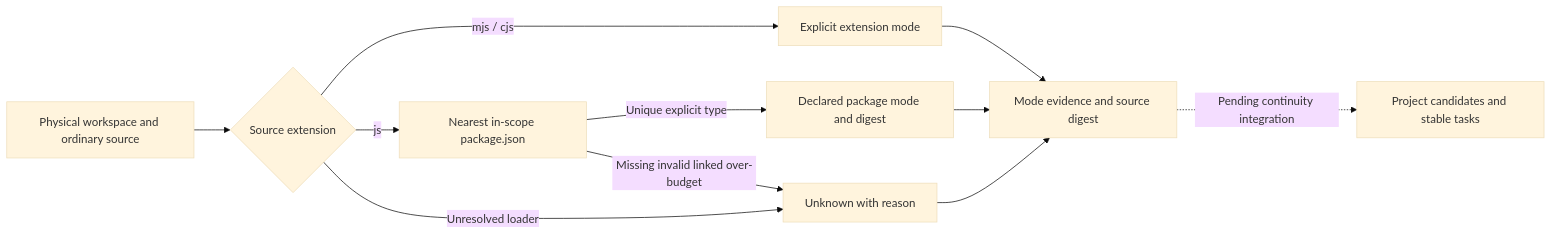
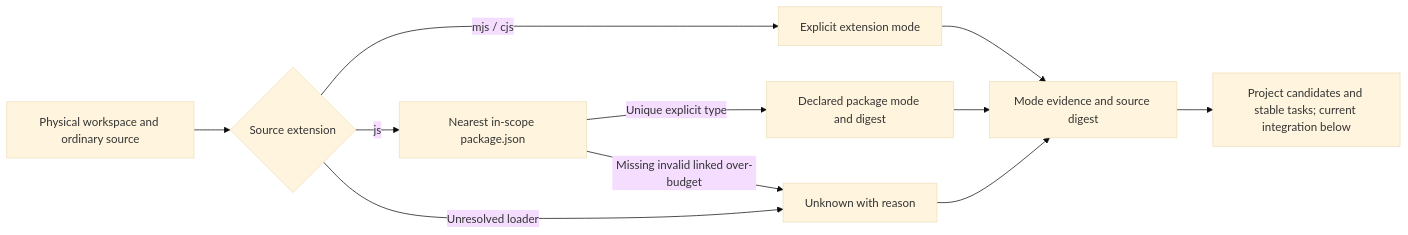
Before and after one commit to full-stack-plugins/codeguard: diagram 35 of 36 in docs/Codeguard-Architecture.md, drawn with Mermaid (base theme). The commit also changed other lines of this file and 34 other files, not shown here.

````diff
--- a/docs/Codeguard-Architecture.md
+++ b/docs/Codeguard-Architecture.md
@@ -1362,13 +1362,13 @@
 ```mermaid
 flowchart LR
     A[Physical workspace and ordinary source] --> B{Source extension}
     B -->|mjs / cjs| C[Explicit extension mode]
     B -->|js| D[Nearest in-scope package.json]
     B -->|Unresolved loader| E[Unknown with reason]
     D -->|Unique explicit type| F[Declared package mode and digest]
     D -->|Missing invalid linked over-budget| E
     C --> G[Mode evidence and source digest]
     F --> G
     E --> G
-    G -.Pending continuity integration.-> H[Project candidates and stable tasks]
+    G --> H[Project candidates and stable tasks; current integration below]
 ```
````
